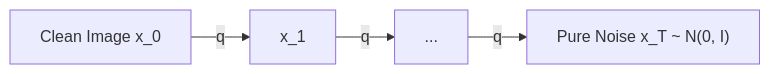
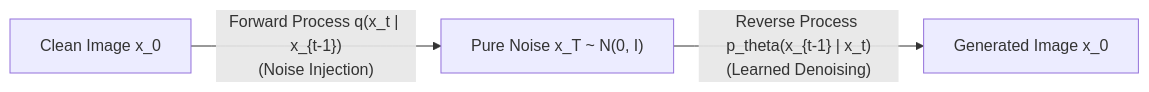
Before and after one commit to ghif/IF5152: the second of 3 diagrams in generative-models/docs/05_diffusion_probabilistic_models.md, drawn with Mermaid. The commit also changed other lines of this file and 14 other files, not shown here.

````diff
--- a/generative-models/docs/05_diffusion_probabilistic_models.md
+++ b/generative-models/docs/05_diffusion_probabilistic_models.md
@@ -29,6 +21,5 @@
 ```mermaid
 flowchart LR
-    X0["Clean Image x_0"] -->|q| X1["x_1"]
-    X1 -->|q| XT1["..."]
-    XT1 -->|q| XT["Pure Noise x_T ~ N(0, I)"]
+    X0["Clean Image x_0"] -->|"Forward Process q(x_t | x_{t-1})<br/>(Noise Injection)"| XT["Pure Noise x_T ~ N(0, I)"]
+    XT -->|"Reverse Process p_theta(x_{t-1} | x_t)<br/>(Learned Denoising)"| X0_rec["Generated Image x_0"]
 ```
````
